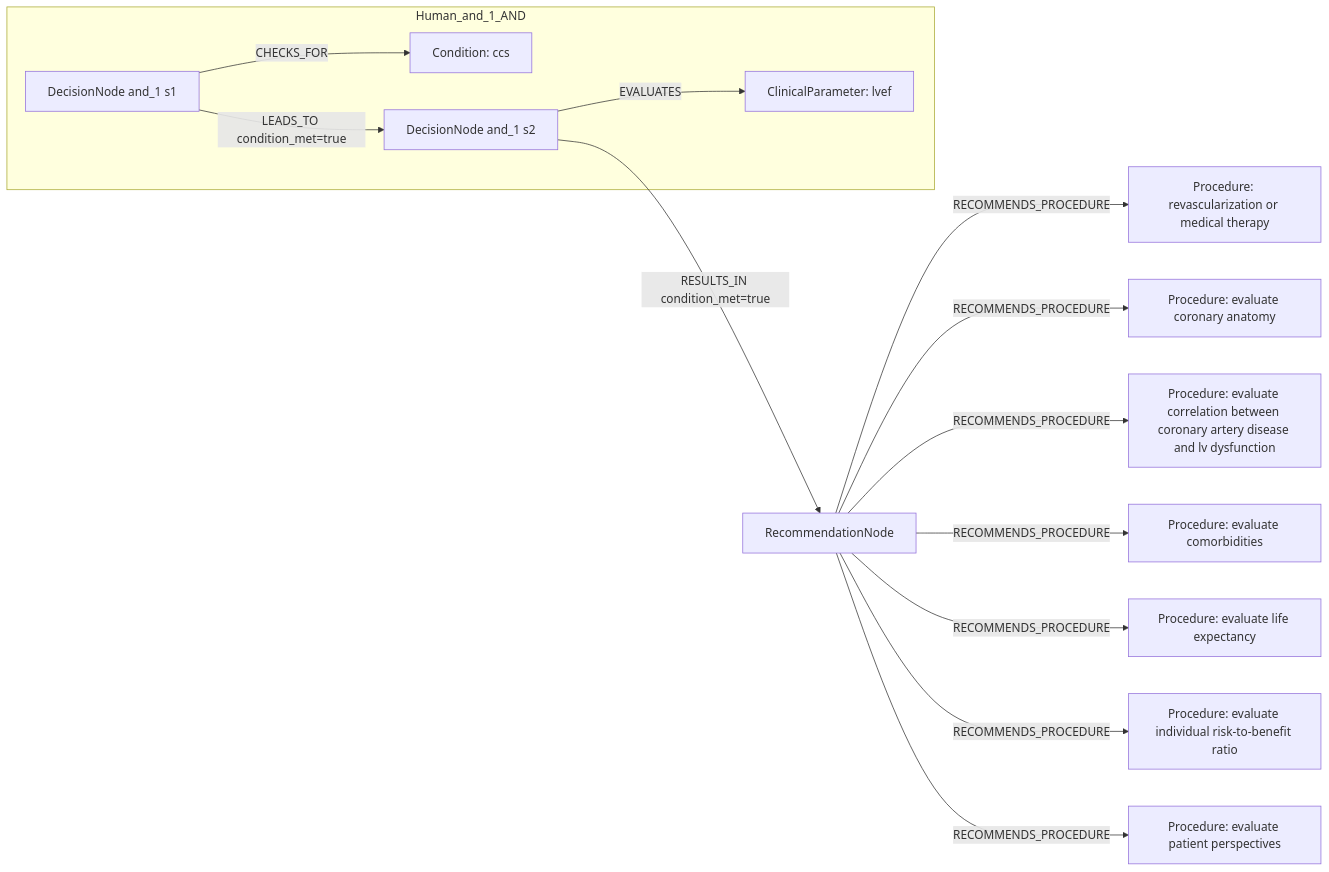
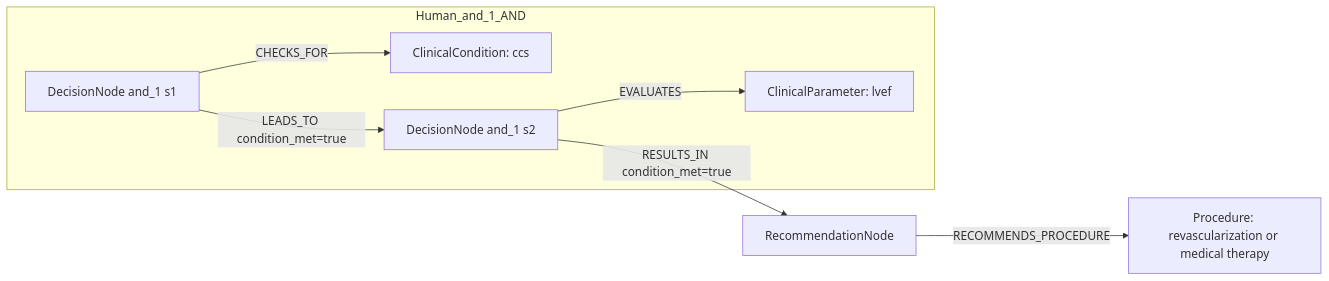
Before and after one commit to dieterich-lab/CardioGuidelinesGraph: the first of 2 diagrams in docs/table22_rows_comparison/row_09.md, drawn with Mermaid. The commit also changed other lines of this file and 20 other files, not shown here.

````diff
--- a/docs/table22_rows_comparison/row_09.md
+++ b/docs/table22_rows_comparison/row_09.md
@@ -162,28 +168,16 @@
 ```mermaid
 graph LR
   REC[RecommendationNode]
   ACT1[Procedure: revascularization or medical therapy]
   REC -->|RECOMMENDS_PROCEDURE| ACT1
-  ACT2[Procedure: evaluate coronary anatomy]
-  REC -->|RECOMMENDS_PROCEDURE| ACT2
-  ACT3[Procedure: evaluate correlation between coronary artery disease and lv dysfunction]
-  REC -->|RECOMMENDS_PROCEDURE| ACT3
-  ACT4[Procedure: evaluate comorbidities]
-  REC -->|RECOMMENDS_PROCEDURE| ACT4
-  ACT5[Procedure: evaluate life expectancy]
-  REC -->|RECOMMENDS_PROCEDURE| ACT5
-  ACT6[Procedure: evaluate individual risk-to-benefit ratio]
-  REC -->|RECOMMENDS_PROCEDURE| ACT6
-  ACT7[Procedure: evaluate patient perspectives]
-  REC -->|RECOMMENDS_PROCEDURE| ACT7
   subgraph Human_and_1_AND
     D_and_1_1[DecisionNode and_1 s1]
-    C_and_1_1[Condition: ccs]
+    C_and_1_1[ClinicalCondition: ccs]
     D_and_1_1 -->|CHECKS_FOR| C_and_1_1
     D_and_1_2[DecisionNode and_1 s2]
     C_and_1_2[ClinicalParameter: lvef]
     D_and_1_2 -->|EVALUATES| C_and_1_2
     D_and_1_1 -->|LEADS_TO condition_met=true| D_and_1_2
   end
   D_and_1_2 -->|RESULTS_IN condition_met=true| REC
 ```
````
